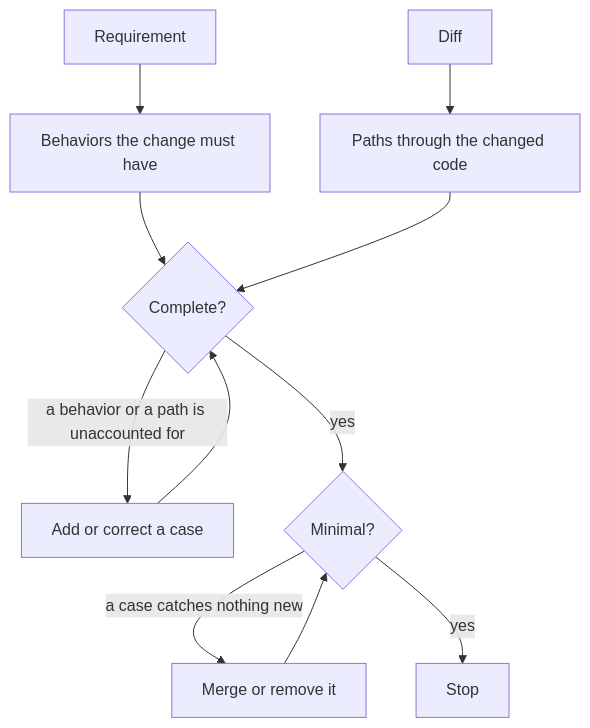
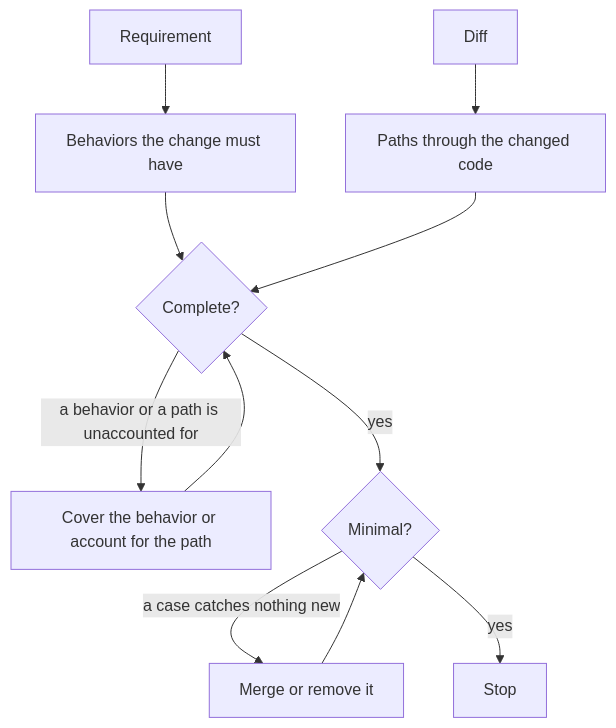
The diagram in README.md (bqp007/concord-skill-lean-testing), drawn with Mermaid before and after one commit. The commit also changed other lines of this file and 1 other file, not shown here.

Commit message:
Report unverified behavior as open; escalate only observable undecided behavior; allow cases that catch a missed failure

````diff
--- a/README.md
+++ b/README.md
@@ -39,13 +39,13 @@
 ```mermaid
 flowchart TD
     R[Requirement] --> B[Behaviors the change must have]
     D[Diff] --> BR[Paths through the changed code]
     B --> C{Complete?}
     BR --> C
-    C -- a behavior or a path is unaccounted for --> T[Add or correct a case]
+    C -- a behavior or a path is unaccounted for --> T[Cover the behavior or account for the path]
     T --> C
     C -- yes --> M{Minimal?}
     M -- a case catches nothing new --> X[Merge or remove it]
     X --> M
     M -- yes --> S[Stop]
 ```
````
